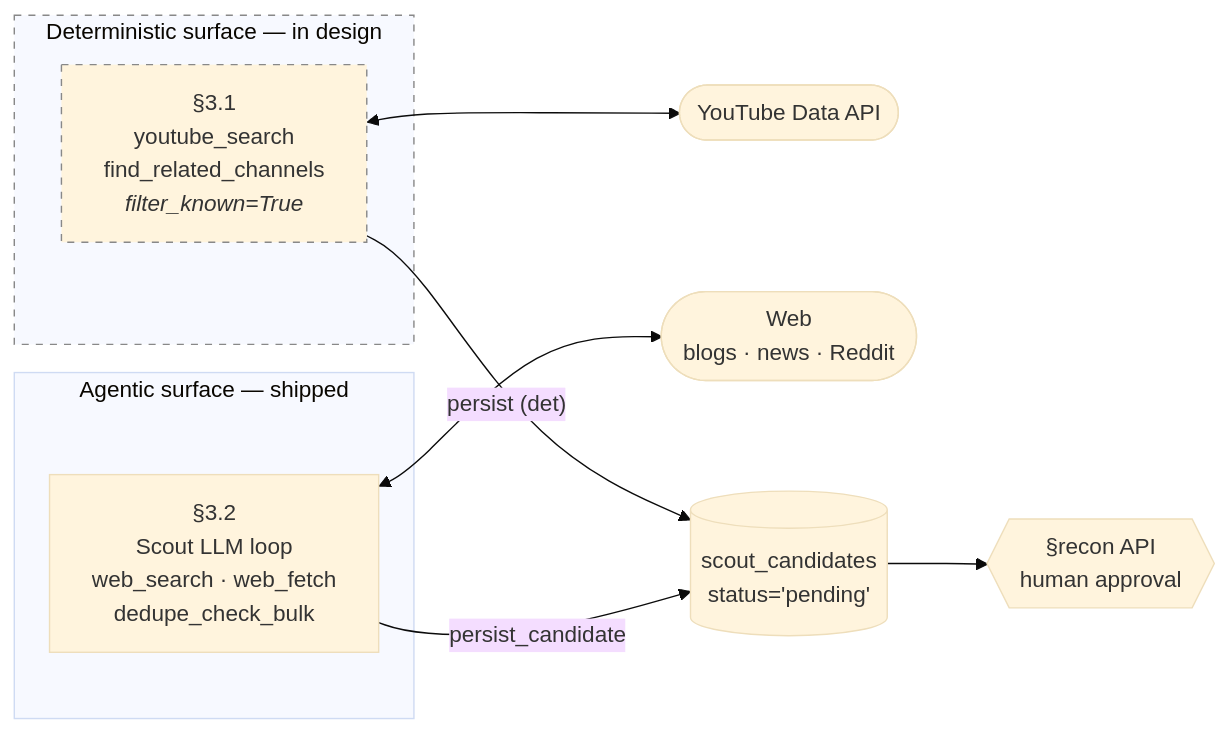
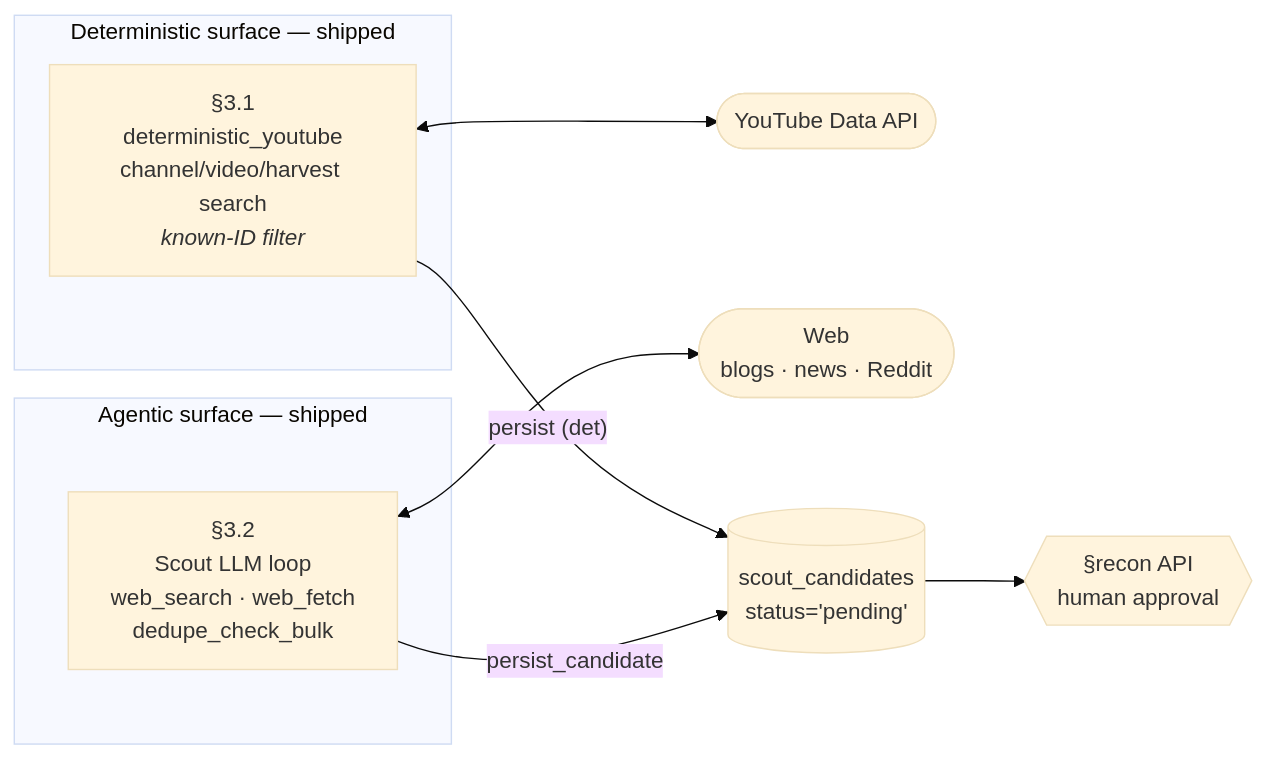
The first of 2 diagrams in docs/agents/crew/scout/architecture.md (kristopherlopez/Jeromelu), drawn with Mermaid (base theme) before and after one commit. The commit also changed other lines of this file and 8 other files, not shown here.

````diff
--- a/docs/agents/crew/scout/architecture.md
+++ b/docs/agents/crew/scout/architecture.md
@@ -87,25 +87,22 @@
 ```mermaid
 flowchart LR
     YT(["YouTube Data API"])
     Web(["Web<br/>blogs · news · Reddit"])
 
-    subgraph Det["Deterministic surface — in design"]
-      DetJob["§3.1<br/>youtube_search<br/>find_related_channels<br/><i>filter_known=True</i>"]
+    subgraph Det["Deterministic surface — shipped"]
+      DetJob["§3.1<br/>deterministic_youtube<br/>channel/video/harvest search<br/><i>known-ID filter</i>"]
     end
 
     subgraph Ag["Agentic surface — shipped"]
       AgJob["§3.2<br/>Scout LLM loop<br/>web_search · web_fetch<br/>dedupe_check_bulk"]
     end
 
     Pending[("scout_candidates<br/>status='pending'")]
     Approve{{"§recon API<br/>human approval"}}
 
     DetJob <--> YT
     AgJob <--> Web
     DetJob -->|"persist (det)"| Pending
     AgJob  -->|"persist_candidate"| Pending
     Pending --> Approve
-
-    classDef proposed stroke-dasharray: 5 5,stroke:#888
-    class Det,DetJob proposed
 ```
````
